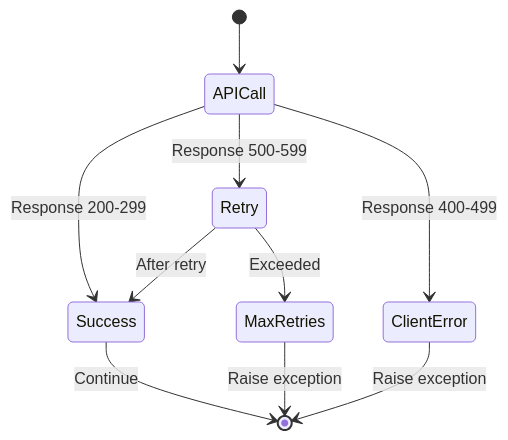
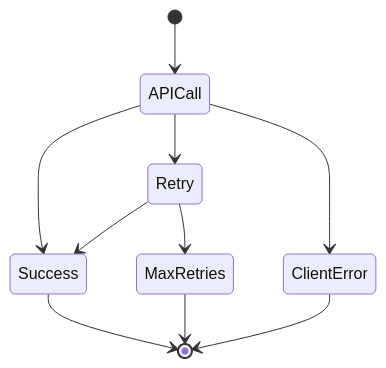
The third of 4 diagrams in examples/api_pipeline/README.md (wisrovi/wpipe), drawn with Mermaid before and after one commit. The commit also changed other lines of this file and 8 other files, not shown here.

First line of the commit message:
Fix README files: English text and Mermaid diagrams

````diff
--- a/examples/api_pipeline/README.md
+++ b/examples/api_pipeline/README.md
@@ -152,12 +154,12 @@
 ```mermaid
 stateDiagram-v2
     [*] --> APICall
-    APICall --> Success: Response 200-299
-    APICall --> Retry: Response 500-599
-    APICall --> ClientError: Response 400-499
-    Retry --> Success: After retry
-    Retry --> MaxRetries: Exceeded
-    MaxRetries --> [*]: Raise exception
-    ClientError --> [*]: Raise exception
-    Success --> [*]: Continue
+    APICall --> Success
+    APICall --> Retry
+    APICall --> ClientError
+    Retry --> Success
+    Retry --> MaxRetries
+    MaxRetries --> [*]
+    ClientError --> [*]
+    Success --> [*]
 ```
````
